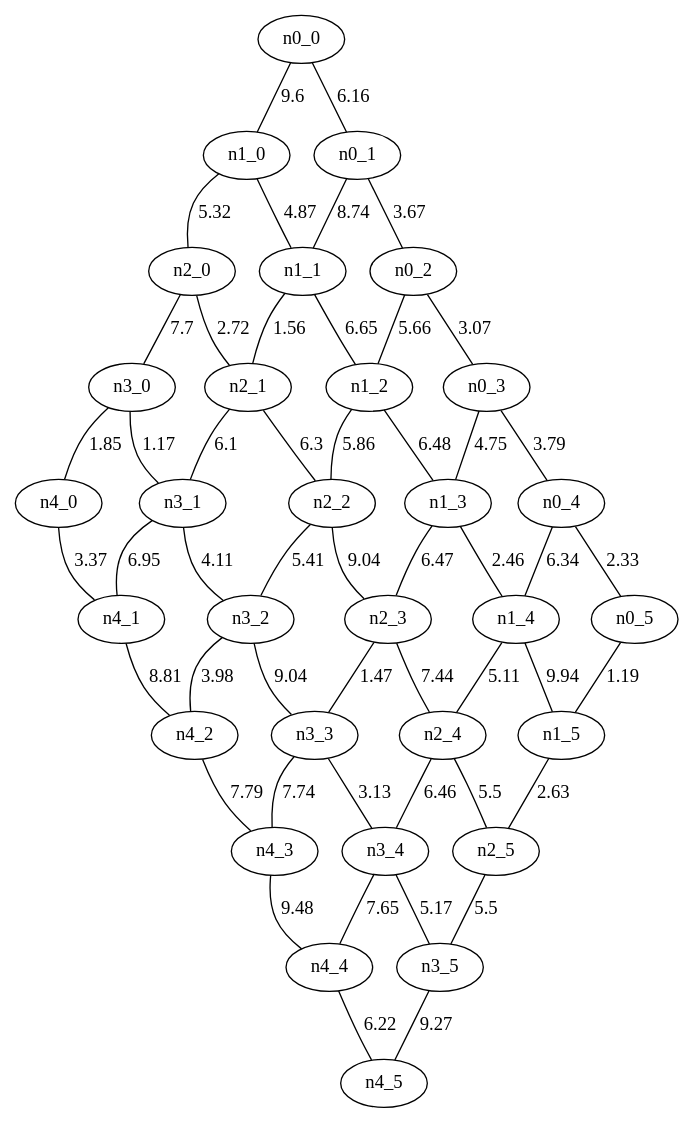
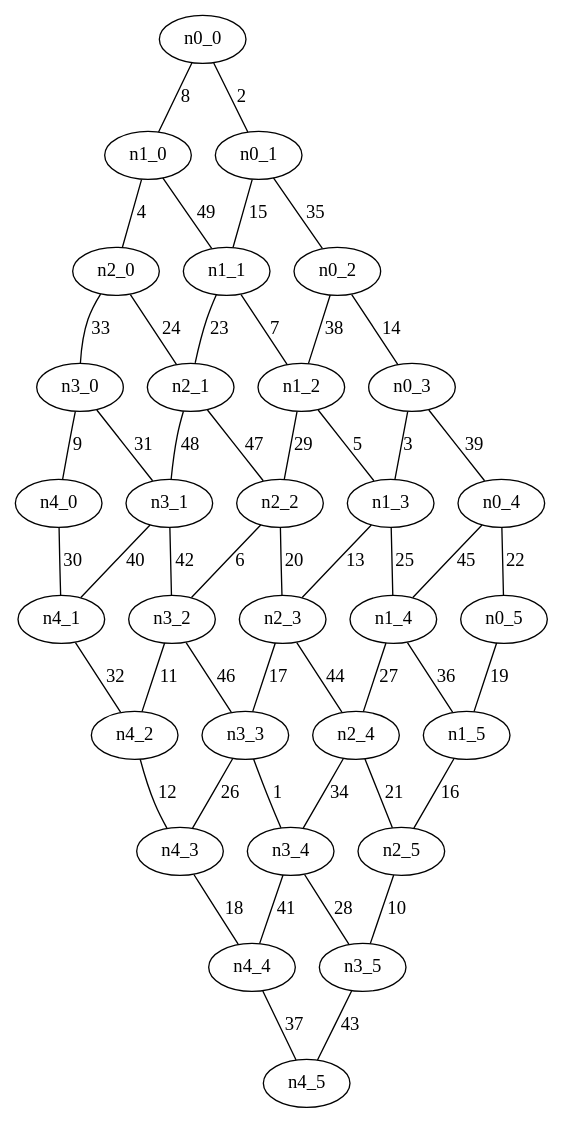
The diagram in Proyecto 4/Grafos Generados/grafo_malla_30.gv (amorac4/DAA24), drawn with Graphviz before and after one commit. The commit also changed 8 other files, not shown here.

```diff
--- a/Proyecto 4/Grafos Generados/grafo_malla_30.gv
+++ b/Proyecto 4/Grafos Generados/grafo_malla_30.gv
@@ -1,81 +1,81 @@
 graph G {
 "n4_0";
 "n4_1";
 "n2_5";
 "n3_2";
 "n2_2";
 "n2_4";
 "n1_4";
 "n2_0";
 "n2_1";
 "n0_0";
 "n0_3";
 "n1_0";
 "n0_5";
 "n4_4";
 "n2_3";
 "n0_1";
 "n1_1";
 "n4_3";
 "n3_0";
 "n3_4";
 "n1_2";
 "n0_4";
 "n3_1";
 "n1_3";
 "n4_5";
 "n0_2";
 "n3_3";
 "n1_5";
 "n4_2";
 "n3_5";
-    "n3_3" -- "n3_4"[label="3.13", len="3.13"];
-    "n0_0" -- "n0_1"[label="6.16", len="6.16"];
-    "n0_3" -- "n1_3"[label="4.75", len="4.75"];
-    "n1_0" -- "n2_0"[label="5.32", len="5.32"];
-    "n1_2" -- "n1_3"[label="6.48", len="6.48"];
-    "n2_2" -- "n3_2"[label="5.41", len="5.41"];
-    "n1_1" -- "n1_2"[label="6.65", len="6.65"];
-    "n0_0" -- "n1_0"[label="9.6", len="9.6"];
-    "n3_0" -- "n4_0"[label="1.85", len="1.85"];
-    "n2_5" -- "n3_5"[label="5.5", len="5.5"];
-    "n3_2" -- "n4_2"[label="3.98", len="3.98"];
-    "n4_2" -- "n4_3"[label="7.79", len="7.79"];
-    "n1_3" -- "n2_3"[label="6.47", len="6.47"];
-    "n0_2" -- "n0_3"[label="3.07", len="3.07"];
-    "n0_1" -- "n1_1"[label="8.74", len="8.74"];
-    "n1_5" -- "n2_5"[label="2.63", len="2.63"];
-    "n2_3" -- "n3_3"[label="1.47", len="1.47"];
-    "n4_3" -- "n4_4"[label="9.48", len="9.48"];
-    "n0_5" -- "n1_5"[label="1.19", len="1.19"];
-    "n2_2" -- "n2_3"[label="9.04", len="9.04"];
-    "n2_4" -- "n2_5"[label="5.5", len="5.5"];
-    "n0_4" -- "n0_5"[label="2.33", len="2.33"];
-    "n1_1" -- "n2_1"[label="1.56", len="1.56"];
-    "n2_0" -- "n2_1"[label="2.72", len="2.72"];
-    "n1_3" -- "n1_4"[label="2.46", len="2.46"];
-    "n3_3" -- "n4_3"[label="7.74", len="7.74"];
-    "n1_4" -- "n2_4"[label="5.11", len="5.11"];
-    "n3_4" -- "n3_5"[label="5.17", len="5.17"];
-    "n1_2" -- "n2_2"[label="5.86", len="5.86"];
-    "n4_0" -- "n4_1"[label="3.37", len="3.37"];
-    "n3_0" -- "n3_1"[label="1.17", len="1.17"];
-    "n4_1" -- "n4_2"[label="8.81", len="8.81"];
-    "n2_0" -- "n3_0"[label="7.7", len="7.7"];
-    "n2_4" -- "n3_4"[label="6.46", len="6.46"];
-    "n0_1" -- "n0_2"[label="3.67", len="3.67"];
-    "n1_4" -- "n1_5"[label="9.94", len="9.94"];
-    "n4_4" -- "n4_5"[label="6.22", len="6.22"];
-    "n0_2" -- "n1_2"[label="5.66", len="5.66"];
-    "n0_3" -- "n0_4"[label="3.79", len="3.79"];
-    "n3_1" -- "n4_1"[label="6.95", len="6.95"];
-    "n3_4" -- "n4_4"[label="7.65", len="7.65"];
-    "n3_1" -- "n3_2"[label="4.11", len="4.11"];
-    "n3_5" -- "n4_5"[label="9.27", len="9.27"];
-    "n2_3" -- "n2_4"[label="7.44", len="7.44"];
-    "n0_4" -- "n1_4"[label="6.34", len="6.34"];
-    "n3_2" -- "n3_3"[label="9.04", len="9.04"];
-    "n2_1" -- "n2_2"[label="6.3", len="6.3"];
-    "n2_1" -- "n3_1"[label="6.1", len="6.1"];
-    "n1_0" -- "n1_1"[label="4.87", len="4.87"];
+    "n3_3" -- "n3_4"[label="1", len="1"];
+    "n0_0" -- "n0_1"[label="2", len="2"];
+    "n0_3" -- "n1_3"[label="3", len="3"];
+    "n1_0" -- "n2_0"[label="4", len="4"];
+    "n1_2" -- "n1_3"[label="5", len="5"];
+    "n2_2" -- "n3_2"[label="6", len="6"];
+    "n1_1" -- "n1_2"[label="7", len="7"];
+    "n0_0" -- "n1_0"[label="8", len="8"];
+    "n3_0" -- "n4_0"[label="9", len="9"];
+    "n2_5" -- "n3_5"[label="10", len="10"];
+    "n3_2" -- "n4_2"[label="11", len="11"];
+    "n4_2" -- "n4_3"[label="12", len="12"];
+    "n1_3" -- "n2_3"[label="13", len="13"];
+    "n0_2" -- "n0_3"[label="14", len="14"];
+    "n0_1" -- "n1_1"[label="15", len="15"];
+    "n1_5" -- "n2_5"[label="16", len="16"];
+    "n2_3" -- "n3_3"[label="17", len="17"];
+    "n4_3" -- "n4_4"[label="18", len="18"];
+    "n0_5" -- "n1_5"[label="19", len="19"];
+    "n2_2" -- "n2_3"[label="20", len="20"];
+    "n2_4" -- "n2_5"[label="21", len="21"];
+    "n0_4" -- "n0_5"[label="22", len="22"];
+    "n1_1" -- "n2_1"[label="23", len="23"];
+    "n2_0" -- "n2_1"[label="24", len="24"];
+    "n1_3" -- "n1_4"[label="25", len="25"];
+    "n3_3" -- "n4_3"[label="26", len="26"];
+    "n1_4" -- "n2_4"[label="27", len="27"];
+    "n3_4" -- "n3_5"[label="28", len="28"];
+    "n1_2" -- "n2_2"[label="29", len="29"];
+    "n4_0" -- "n4_1"[label="30", len="30"];
+    "n3_0" -- "n3_1"[label="31", len="31"];
+    "n4_1" -- "n4_2"[label="32", len="32"];
+    "n2_0" -- "n3_0"[label="33", len="33"];
+    "n2_4" -- "n3_4"[label="34", len="34"];
+    "n0_1" -- "n0_2"[label="35", len="35"];
+    "n1_4" -- "n1_5"[label="36", len="36"];
+    "n4_4" -- "n4_5"[label="37", len="37"];
+    "n0_2" -- "n1_2"[label="38", len="38"];
+    "n0_3" -- "n0_4"[label="39", len="39"];
+    "n3_1" -- "n4_1"[label="40", len="40"];
+    "n3_4" -- "n4_4"[label="41", len="41"];
+    "n3_1" -- "n3_2"[label="42", len="42"];
+    "n3_5" -- "n4_5"[label="43", len="43"];
+    "n2_3" -- "n2_4"[label="44", len="44"];
+    "n0_4" -- "n1_4"[label="45", len="45"];
+    "n3_2" -- "n3_3"[label="46", len="46"];
+    "n2_1" -- "n2_2"[label="47", len="47"];
+    "n2_1" -- "n3_1"[label="48", len="48"];
+    "n1_0" -- "n1_1"[label="49", len="49"];
 }
```
